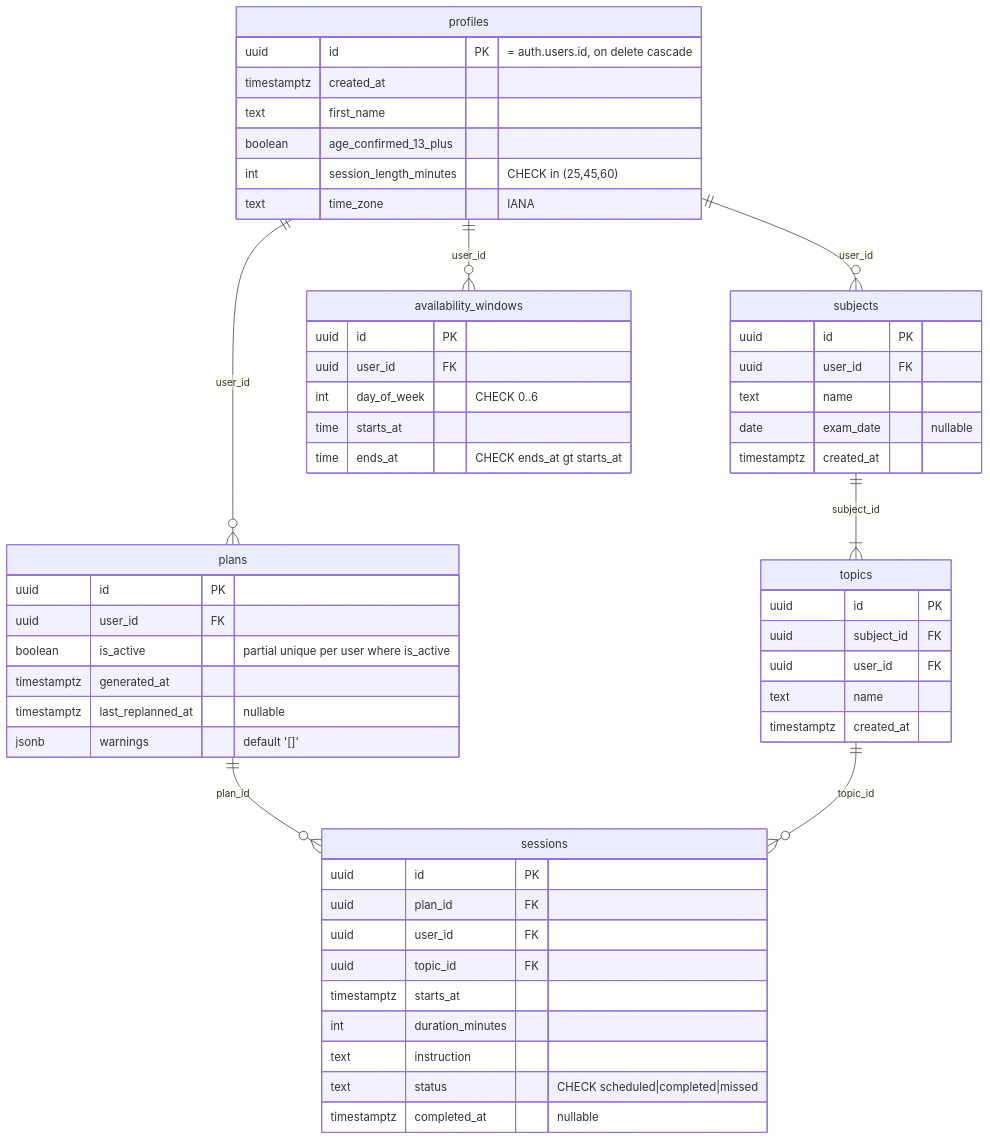
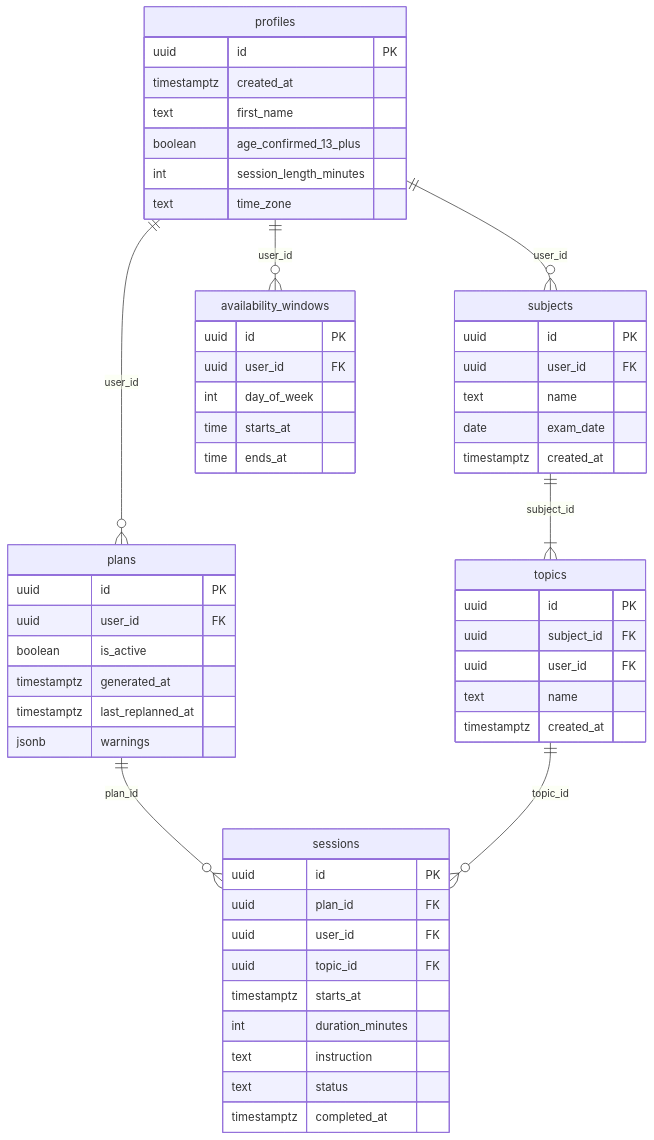
Before and after one commit to adam-sabri09/Pace: the ninth of 14 diagrams in market-research-hs.md, drawn with Mermaid. The commit also changed other lines of this file, not shown here.

First line of the commit message:
docs(research): harden Part II mermaid for cross-renderer compatibility

````diff
--- a/market-research-hs.md
+++ b/market-research-hs.md
@@ -623,58 +623,58 @@
 ```mermaid
 erDiagram
     profiles ||--o{ subjects : "user_id"
     profiles ||--o{ availability_windows : "user_id"
     profiles ||--o{ plans : "user_id"
     subjects ||--|{ topics : "subject_id"
     plans ||--o{ sessions : "plan_id"
     topics ||--o{ sessions : "topic_id"
 
     profiles {
-        uuid id PK "= auth.users.id, on delete cascade"
+        uuid id PK
         timestamptz created_at
         text first_name
         boolean age_confirmed_13_plus
-        int session_length_minutes "CHECK in (25,45,60)"
-        text time_zone "IANA"
+        int session_length_minutes
+        text time_zone
     }
     availability_windows {
         uuid id PK
         uuid user_id FK
-        int day_of_week "CHECK 0..6"
+        int day_of_week
         time starts_at
-        time ends_at "CHECK ends_at gt starts_at"
+        time ends_at
     }
     subjects {
         uuid id PK
         uuid user_id FK
         text name
-        date exam_date "nullable"
+        date exam_date
         timestamptz created_at
     }
     topics {
         uuid id PK
         uuid subject_id FK
         uuid user_id FK
         text name
         timestamptz created_at
     }
     plans {
         uuid id PK
         uuid user_id FK
-        boolean is_active "partial unique per user where is_active"
+        boolean is_active
         timestamptz generated_at
-        timestamptz last_replanned_at "nullable"
-        jsonb warnings "default '[]'"
+        timestamptz last_replanned_at
+        jsonb warnings
     }
     sessions {
         uuid id PK
         uuid plan_id FK
         uuid user_id FK
         uuid topic_id FK
         timestamptz starts_at
         int duration_minutes
         text instruction
-        text status "CHECK scheduled|completed|missed"
-        timestamptz completed_at "nullable"
+        text status
+        timestamptz completed_at
     }
 ```
````
